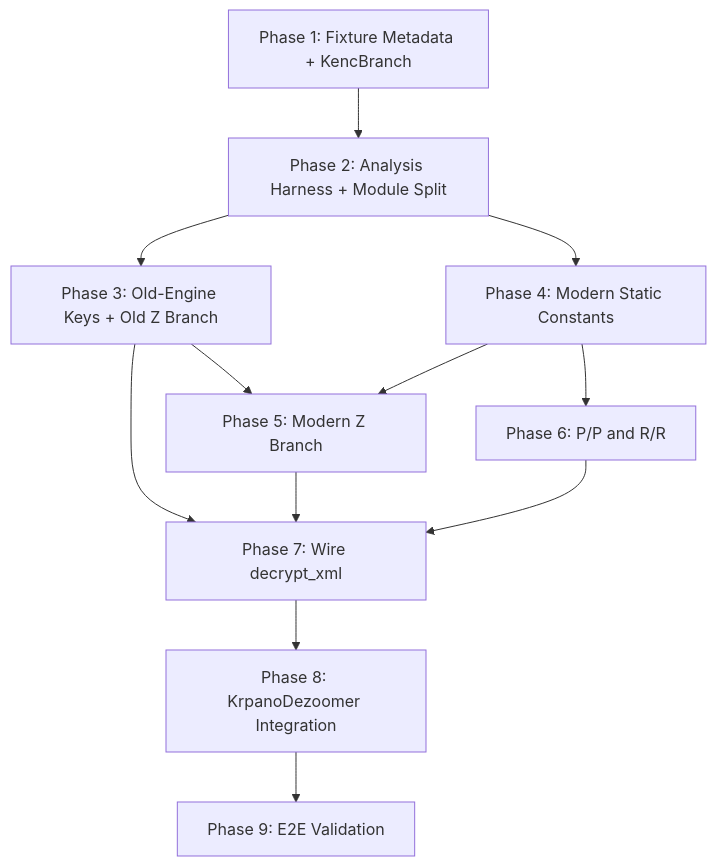
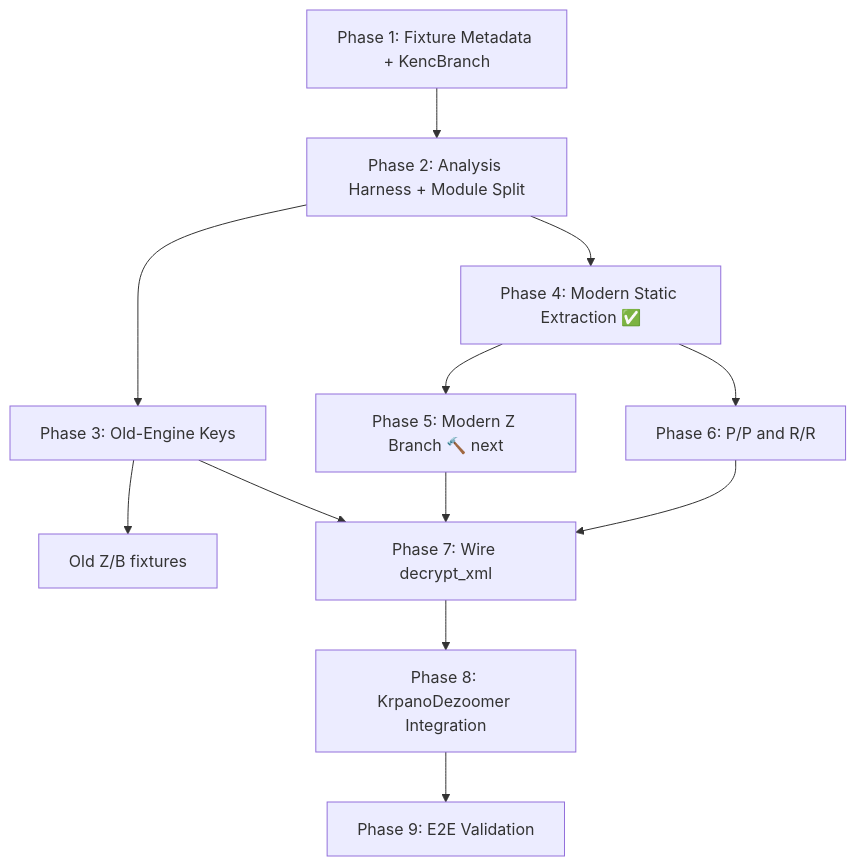
The diagram in src/krpano/PLAN.md (lovasoa/dezoomify-rs), drawn with Mermaid before and after one commit. The commit also changed other lines of this file and 9 other files, not shown here.

````diff
--- a/src/krpano/PLAN.md
+++ b/src/krpano/PLAN.md
@@ -751,14 +799,14 @@
 ```mermaid
 graph TD
     P1[Phase 1: Fixture Metadata + KencBranch] --> P2[Phase 2: Analysis Harness + Module Split]
-    P2 --> P3[Phase 3: Old-Engine Keys + Old Z Branch]
-    P2 --> P4[Phase 4: Modern Static Constants]
-    P3 --> P5[Phase 5: Modern Z Branch]
-    P4 --> P5
-    P3 --> P7[Phase 7: Wire decrypt_xml]
+    P2 --> P3[Phase 3: Old-Engine Keys]
+    P2 --> P4[Phase 4: Modern Static Extraction ✅]
+    P4 --> P5[Phase 5: Modern Z Branch 🔨 next]
+    P3 --> P5_old[Old Z/B fixtures]
     P4 --> P6[Phase 6: P/P and R/R]
-    P5 --> P7
+    P5 --> P7[Phase 7: Wire decrypt_xml]
     P6 --> P7
+    P3 --> P7
     P7 --> P8[Phase 8: KrpanoDezoomer Integration]
     P8 --> P9[Phase 9: E2E Validation]
 ```
````
